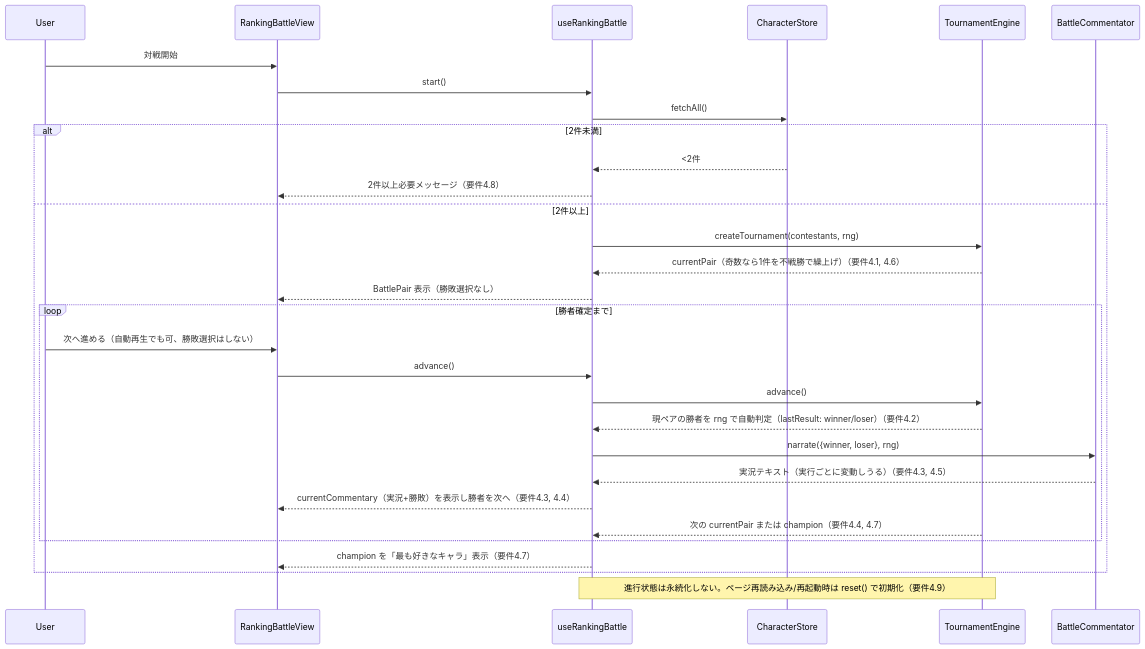
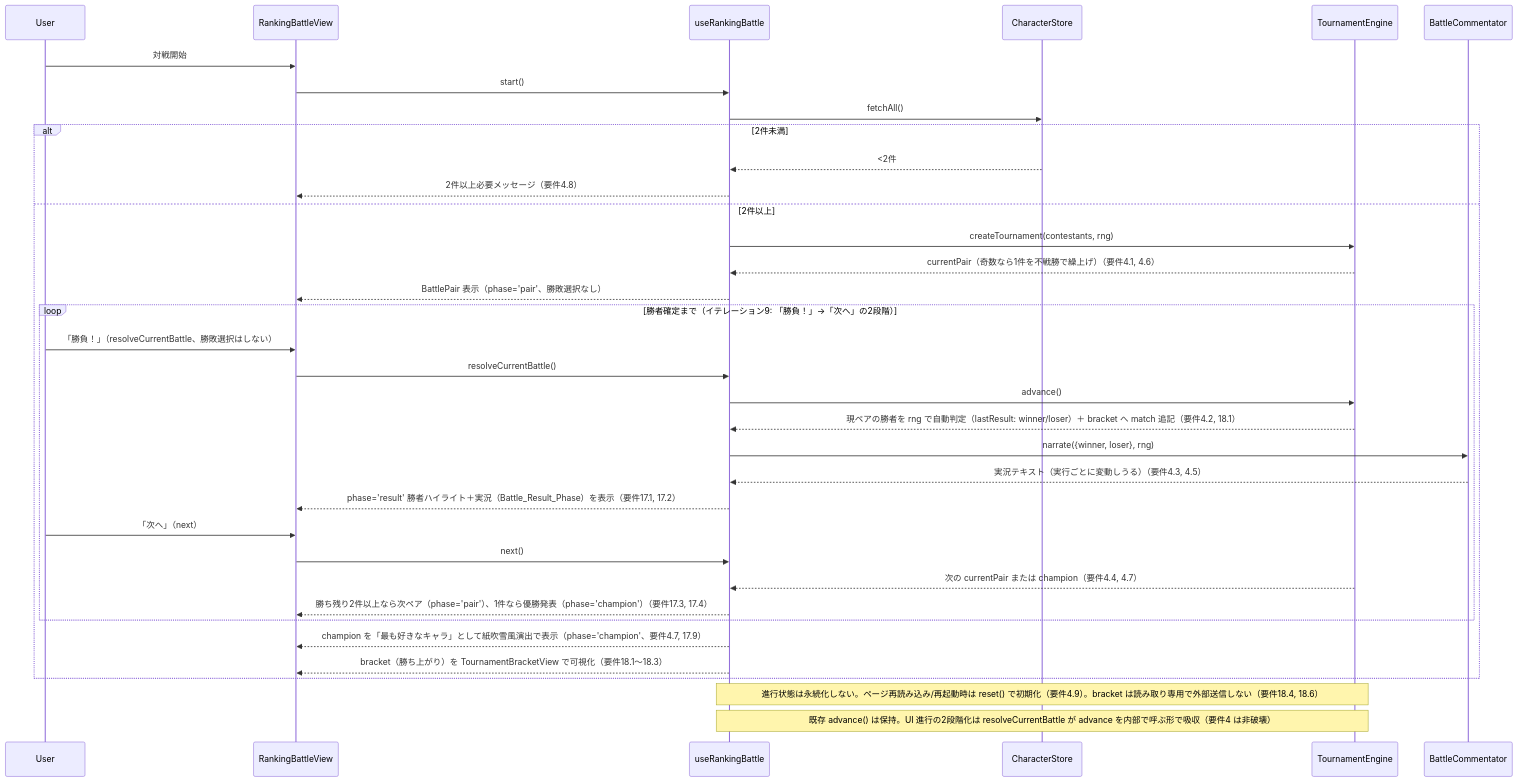
Before and after one commit to fujimotoyus/FriendAPP: the fourth of 5 diagrams in .kiro/specs/chara-collection/design.md, drawn with Mermaid. The commit also changed other lines of this file and 10 other files, not shown here.

Commit message:
feat: iteration 9 - battle showcase (per-match results, winner highlight, confetti, tournament bracket)

````diff
--- a/.kiro/specs/chara-collection/design.md
+++ b/.kiro/specs/chara-collection/design.md
@@ -628,33 +687,38 @@
 ```mermaid
 sequenceDiagram
     participant U as User
     participant BV as RankingBattleView
     participant H as useRankingBattle
     participant ST as CharacterStore
     participant TE as TournamentEngine
     participant CO as BattleCommentator
 
     U->>BV: 対戦開始
     BV->>H: start()
     H->>ST: fetchAll()
     alt 2件未満
         ST-->>H: <2件
         H-->>BV: 2件以上必要メッセージ（要件4.8）
     else 2件以上
         H->>TE: createTournament(contestants, rng)
         TE-->>H: currentPair（奇数なら1件を不戦勝で繰上げ）（要件4.1, 4.6）
-        H-->>BV: BattlePair 表示（勝敗選択なし）
-        loop 勝者確定まで
-            U->>BV: 次へ進める（自動再生でも可、勝敗選択はしない）
-            BV->>H: advance()
+        H-->>BV: BattlePair 表示（phase='pair'、勝敗選択なし）
+        loop 勝者確定まで（イテレーション9: 「勝負！」→「次へ」の2段階）
+            U->>BV: 「勝負！」（resolveCurrentBattle、勝敗選択はしない）
+            BV->>H: resolveCurrentBattle()
             H->>TE: advance()
-            TE-->>H: 現ペアの勝者を rng で自動判定（lastResult: winner/loser）（要件4.2）
+            TE-->>H: 現ペアの勝者を rng で自動判定（lastResult: winner/loser）＋ bracket へ match 追記（要件4.2, 18.1）
             H->>CO: narrate({winner, loser}, rng)
             CO-->>H: 実況テキスト（実行ごとに変動しうる）（要件4.3, 4.5）
-            H-->>BV: currentCommentary（実況+勝敗）を表示し勝者を次へ（要件4.3, 4.4）
+            H-->>BV: phase='result' 勝者ハイライト＋実況（Battle_Result_Phase）を表示（要件17.1, 17.2）
+            U->>BV: 「次へ」（next）
+            BV->>H: next()
             TE-->>H: 次の currentPair または champion（要件4.4, 4.7）
+            H-->>BV: 勝ち残り2件以上なら次ペア（phase='pair'）、1件なら優勝発表（phase='champion'）（要件17.3, 17.4）
         end
-        H-->>BV: champion を「最も好きなキャラ」表示（要件4.7）
+        H-->>BV: champion を「最も好きなキャラ」として紙吹雪風演出で表示（phase='champion'、要件4.7, 17.9）
+        H-->>BV: bracket（勝ち上がり）を TournamentBracketView で可視化（要件18.1〜18.3）
     end
-    Note over H,TE: 進行状態は永続化しない。ページ再読み込み/再起動時は reset() で初期化（要件4.9）
+    Note over H,TE: 進行状態は永続化しない。ページ再読み込み/再起動時は reset() で初期化（要件4.9）。bracket は読み取り専用で外部送信しない（要件18.4, 18.6）
+    Note over H,TE: 既存 advance() は保持。UI 進行の2段階化は resolveCurrentBattle が advance を内部で呼ぶ形で吸収（要件4 は非破壊）
 ```
````
